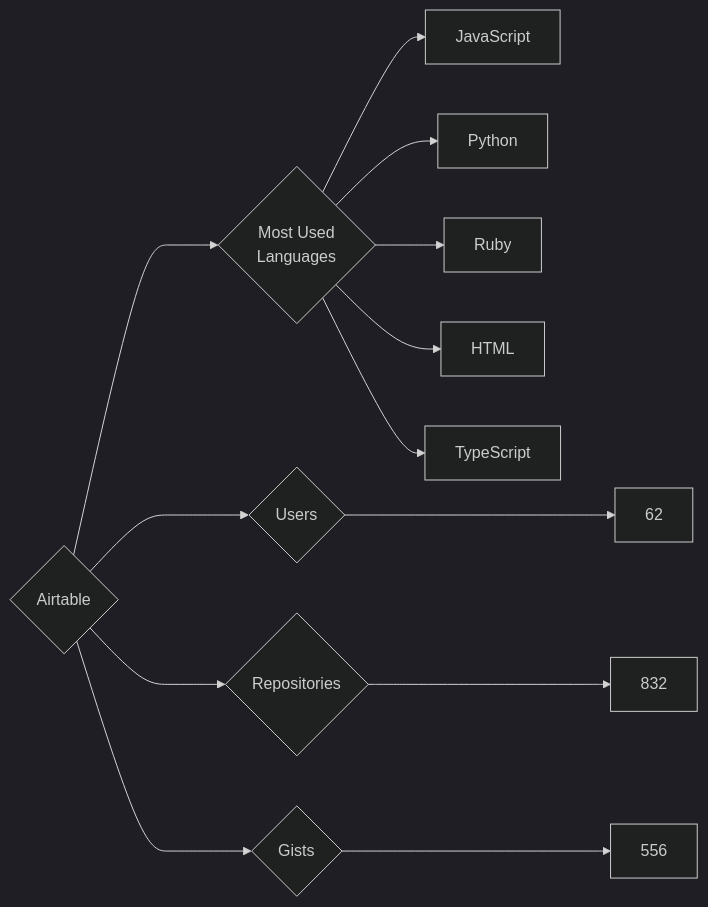
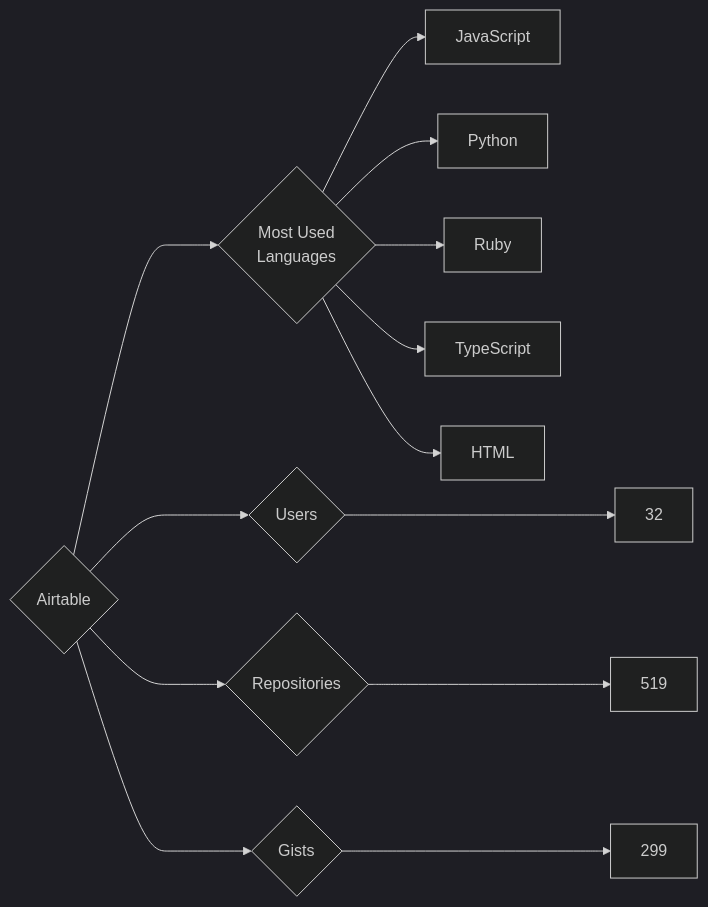
One commit to trickest/insiders changed the diagram in targets/Airtable/README.md. Above: the diagram before and after it, drawn with Mermaid (dark theme). The commit also changed 984 other files, not shown here.

````diff
--- a/targets/Airtable/README.md
+++ b/targets/Airtable/README.md
@@ -3,13 +3,13 @@
 ```mermaid
 graph LR
 COMPANY_NAME{Airtable}
-COMPANY_NAME ---> U{Users} ---> UN[62]
-COMPANY_NAME ---> R{Repositories} ---> RN[832]
-COMPANY_NAME ---> G{Gists} ---> GN[556]
+COMPANY_NAME ---> U{Users} ---> UN[32]
+COMPANY_NAME ---> R{Repositories} ---> RN[519]
+COMPANY_NAME ---> G{Gists} ---> GN[299]
 COMPANY_NAME ---> ML{Most Used<br>Languages}
 ML --> JavaScript[JavaScript]
 ML --> Python[Python]
 ML --> Ruby[Ruby]
+ML --> TypeScript[TypeScript]
 ML --> HTML[HTML]
-ML --> TypeScript[TypeScript]
 ```
````
